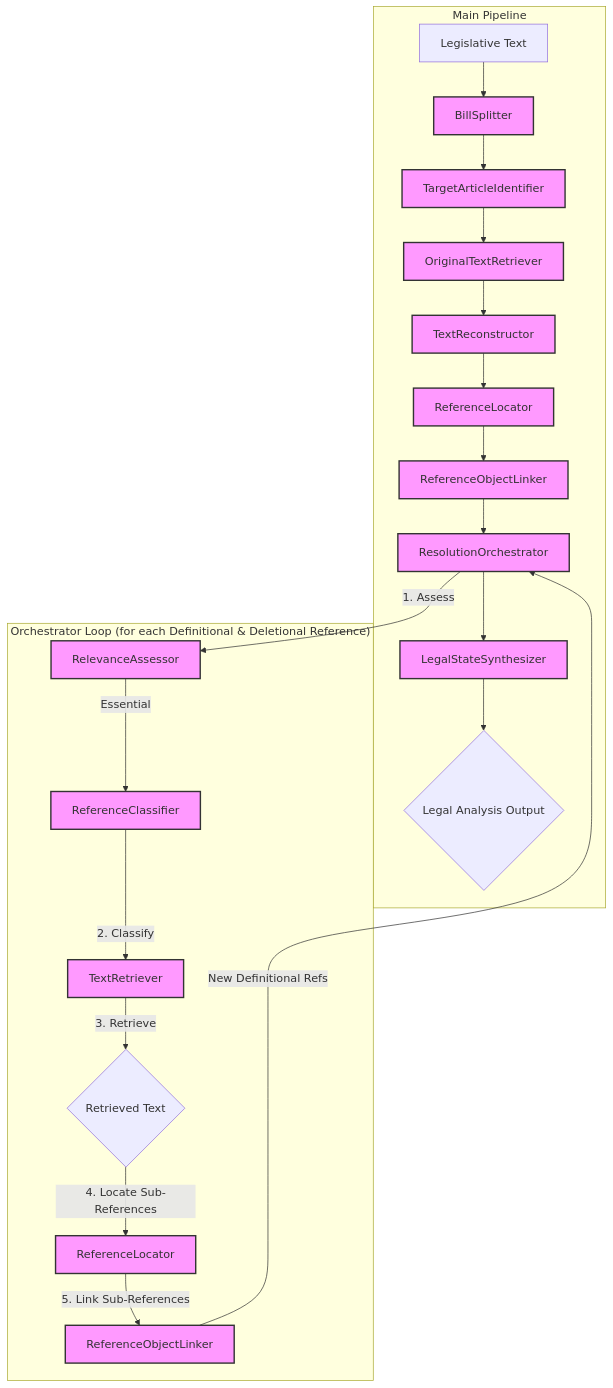
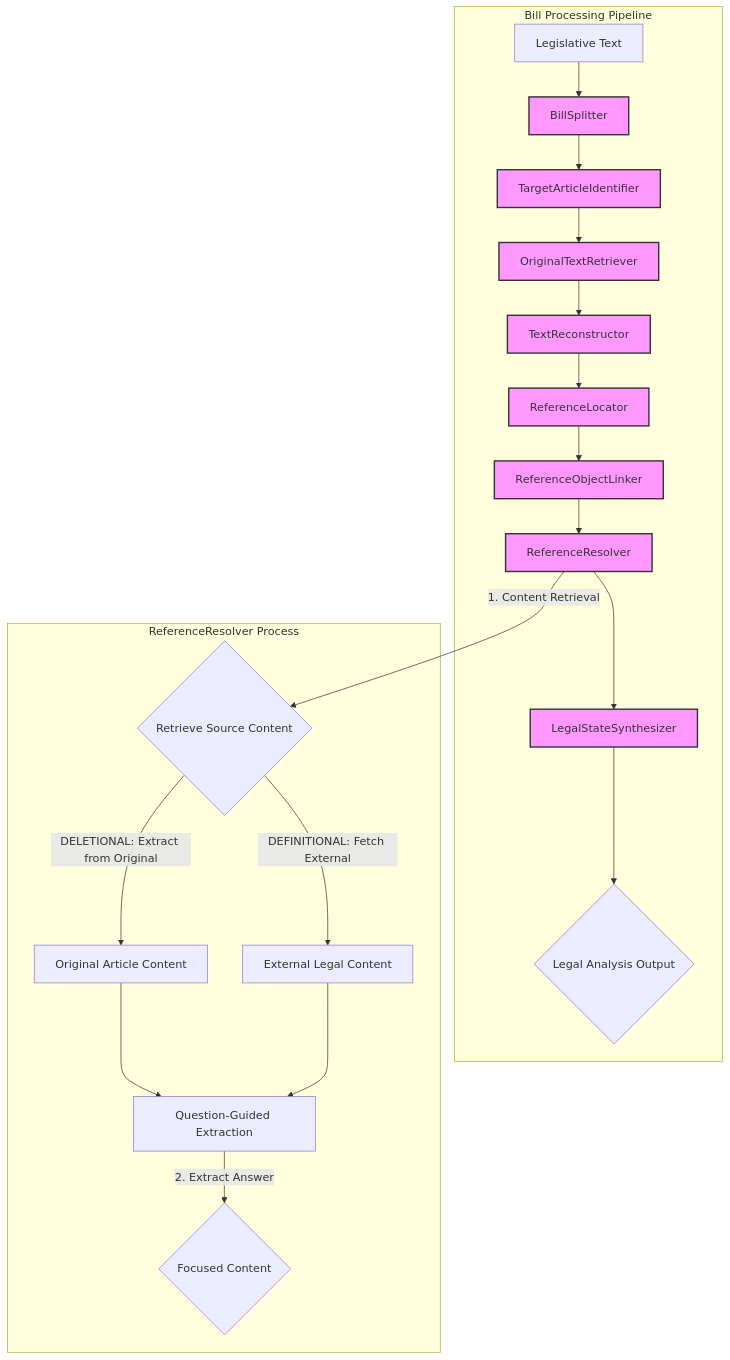
One commit to du-phan/bill-parser-engine changed the diagram in specs/normative_reference_resolver_detailed_spec.md. Above: the diagram before and after it, drawn with Mermaid. The commit also changed other lines of this file and 453 other files, not shown here.

````diff
--- a/specs/normative_reference_resolver_detailed_spec.md
+++ b/specs/normative_reference_resolver_detailed_spec.md
@@ -78,28 +78,27 @@
 ```mermaid
 graph TD
-    subgraph "Main Pipeline"
+    subgraph "Bill Processing Pipeline"
         InputText[Legislative Text] --> BillSplitter;
         BillSplitter --> TargetArticleIdentifier;
         TargetArticleIdentifier --> OriginalTextRetriever;
         OriginalTextRetriever --> TextReconstructor;
         TextReconstructor --> ReferenceLocator;
         ReferenceLocator --> ReferenceObjectLinker;
-        ReferenceObjectLinker --> ResolutionOrchestrator;
-        ResolutionOrchestrator --> LegalStateSynthesizer;
+        ReferenceObjectLinker --> ReferenceResolver;
+        ReferenceResolver --> LegalStateSynthesizer;
         LegalStateSynthesizer --> LegalAnalysisOutput{Legal Analysis Output};
     end
 
-    subgraph "Orchestrator Loop (for each Definitional & Deletional Reference)"
-        ResolutionOrchestrator -- "1. Assess" --> RelevanceAssessor;
-        RelevanceAssessor -- "Essential" --> ReferenceClassifier;
-        ReferenceClassifier -- "2. Classify" --> TextRetriever;
-        TextRetriever -- "3. Retrieve" --> RetrievedContent{Retrieved Text};
-        RetrievedContent -- "4. Locate Sub-References" --> RecursiveLocator[ReferenceLocator];
-        RecursiveLocator -- "5. Link Sub-References" --> RecursiveLinker[ReferenceObjectLinker];
-        RecursiveLinker -- "New Definitional Refs" --> ResolutionOrchestrator;
+    subgraph "ReferenceResolver Process"
+        ReferenceResolver -- "1. Content Retrieval" --> ContentRetrieval{Retrieve Source Content};
+        ContentRetrieval -- "DELETIONAL: Extract from Original" --> DELContent[Original Article Content];
+        ContentRetrieval -- "DEFINITIONAL: Fetch External" --> DEFContent[External Legal Content];
+        DELContent --> QuestionGuidedExtraction[Question-Guided Extraction];
+        DEFContent --> QuestionGuidedExtraction;
+        QuestionGuidedExtraction -- "2. Extract Answer" --> TargetedContent{Focused Content};
     end
 
     %% Styling
     classDef component fill:#f9f,stroke:#333,stroke-width:2px;
-    class BillSplitter,TargetArticleIdentifier,OriginalTextRetriever,TextReconstructor,ReferenceLocator,ReferenceObjectLinker,ResolutionOrchestrator,LegalStateSynthesizer,RelevanceAssessor,ReferenceClassifier,TextRetriever,RecursiveLocator,RecursiveLinker component;
+    class BillSplitter,TargetArticleIdentifier,OriginalTextRetriever,TextReconstructor,ReferenceLocator,ReferenceObjectLinker,ReferenceResolver,LegalStateSynthesizer component;
 ```
````
